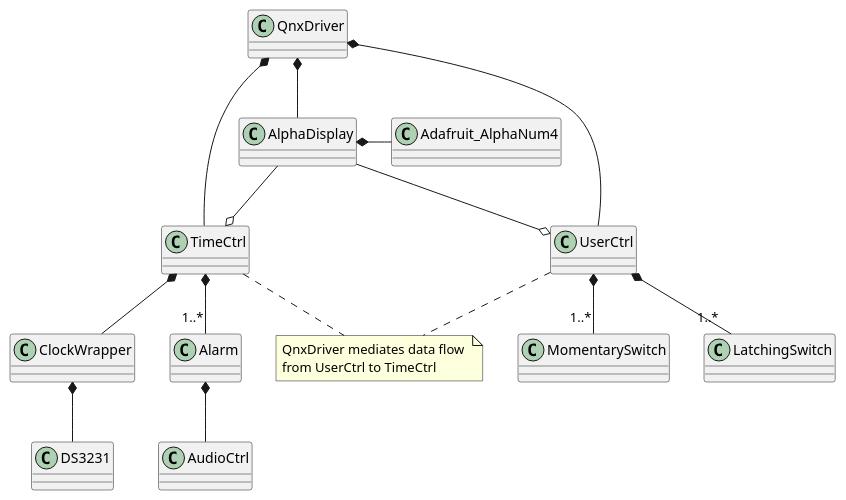
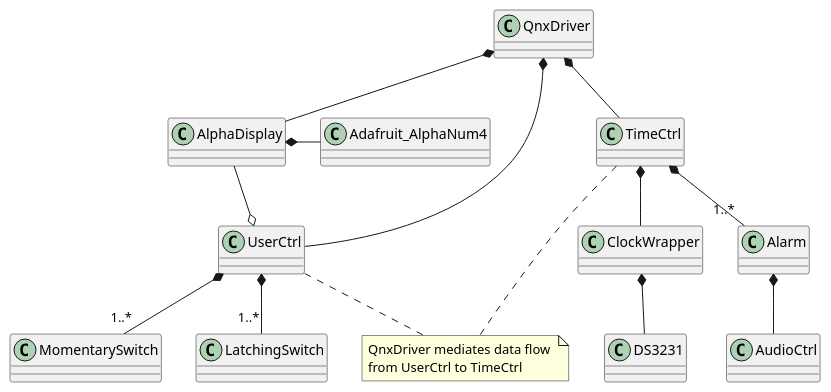
The diagram in docs/sw-arch/nine-eighty.puml (rebeccajennifer/nine-eighty-alarm), drawn with PlantUML before and after one commit. The commit also changed 15 other files, not shown here.

```diff
--- a/docs/sw-arch/nine-eighty.puml
+++ b/docs/sw-arch/nine-eighty.puml
@@ -1,50 +1,49 @@
-@startuml
+@startuml nine-eighty-alarm-base-uml
 
 '_______________________________________________________________________
 ' Global params
 '_______________________________________________________________________
 
 
 '_______________________________________________________________________
 ' Legend
 '_______________________________________________________________________
 ' --|> Inheritance, child on top  e.g. ChildClass  --|> ParentClass
 ' <|-- Inheritance, parent on top e.g. ParentClass --|> ChildClass
 ' --   Association, need to communicate, no strong relationship
 ' -->  Directed Association, classA knows of classB, but not vice versa
 ' *--  Composition
 ' o--  Aggregation
 ' ..>  Dependency
 ' <|.. Realization
 '_______________________________________________________________________
 
 class QnxDriver
 class ClockWrapper
 class Adafruit_AlphaNum4
 class TimeCtrl
 class UserCtrl
 class Alarm
 class AlphaDisplay
 class AudioCtrl
 class MomentarySwitch
 
 QnxDriver     *-down- UserCtrl
 QnxDriver     *-down- TimeCtrl
 QnxDriver     *-down- AlphaDisplay
-TimeCtrl      o-up-   AlphaDisplay
 UserCtrl      o-up-   AlphaDisplay
 TimeCtrl      *-down- ClockWrapper
 TimeCtrl      *-down- "1..*" Alarm
 ClockWrapper  *-down- DS3231
 Alarm         *-down- AudioCtrl
 
 note "QnxDriver mediates data flow \nfrom UserCtrl to TimeCtrl" as Note0
-UserCtrl      ..      Note0
-TimeCtrl      ..      Note0
+UserCtrl      ..     Note0
+TimeCtrl      ..     Note0
 
 UserCtrl      *-down- "1..*" MomentarySwitch
 UserCtrl      *-down- "1..*" LatchingSwitch
 
 AlphaDisplay   *- Adafruit_AlphaNum4
 
 @enduml
```
